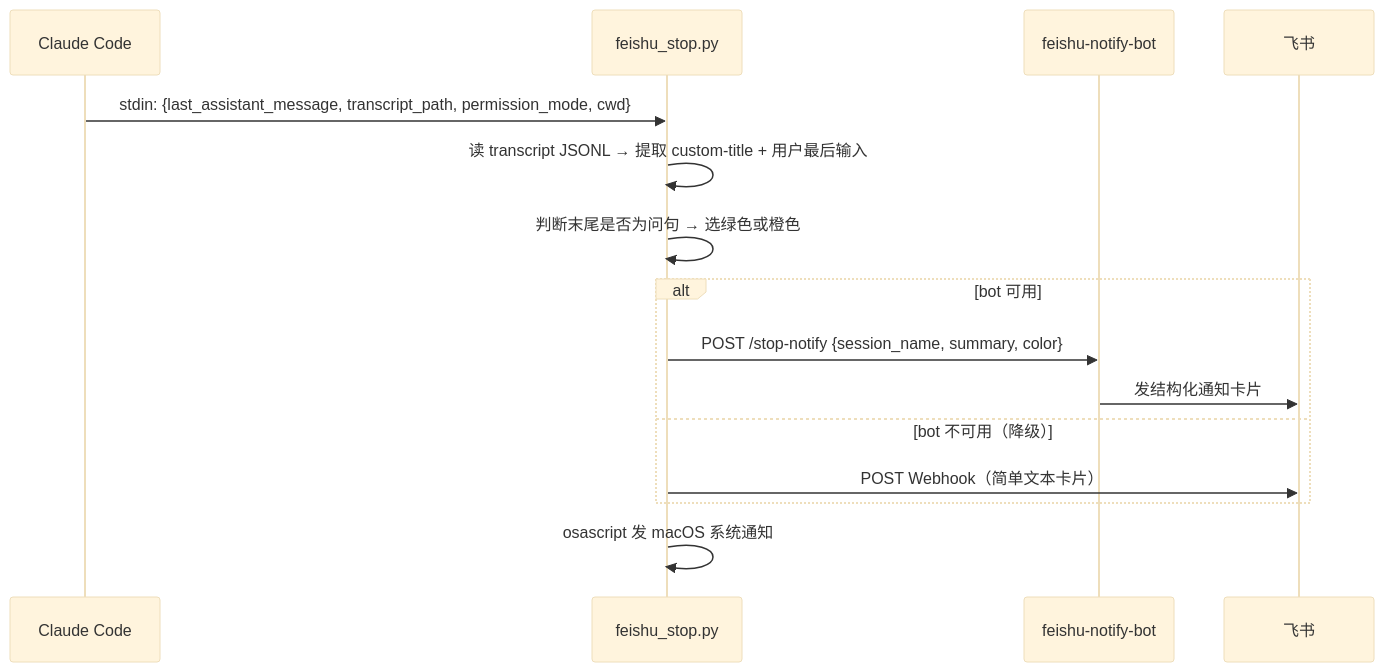
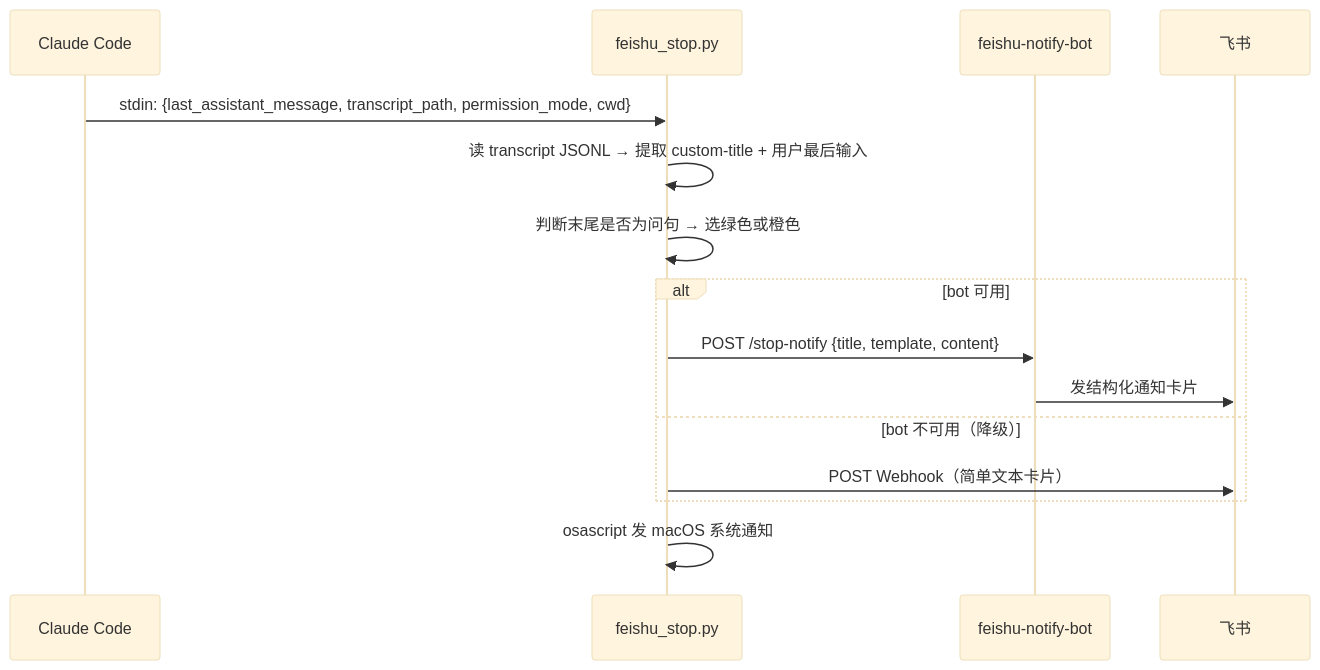
Before and after one commit to lazyman54/agent-skills: the second of 3 diagrams in feishu-notify/ARCHITECTURE.md, drawn with Mermaid (base theme). The commit also changed other lines of this file, not shown here.

Commit message:
docs: fix ARCHITECTURE.md technical accuracy (token flow, payloads, feishu-approve)

````diff
--- a/feishu-notify/ARCHITECTURE.md
+++ b/feishu-notify/ARCHITECTURE.md
@@ -110,18 +111,18 @@
 ```mermaid
 sequenceDiagram
   participant C as Claude Code
   participant S as feishu_stop.py
   participant BOT as feishu-notify-bot
   participant F as 飞书
 
   C->>S: stdin: {last_assistant_message, transcript_path, permission_mode, cwd}
   S->>S: 读 transcript JSONL → 提取 custom-title + 用户最后输入
   S->>S: 判断末尾是否为问句 → 选绿色或橙色
   alt bot 可用
-    S->>BOT: POST /stop-notify {session_name, summary, color}
+    S->>BOT: POST /stop-notify {title, template, content}
     BOT->>F: 发结构化通知卡片
   else bot 不可用（降级）
     S->>F: POST Webhook（简单文本卡片）
   end
   S->>S: osascript 发 macOS 系统通知
 ```
````
